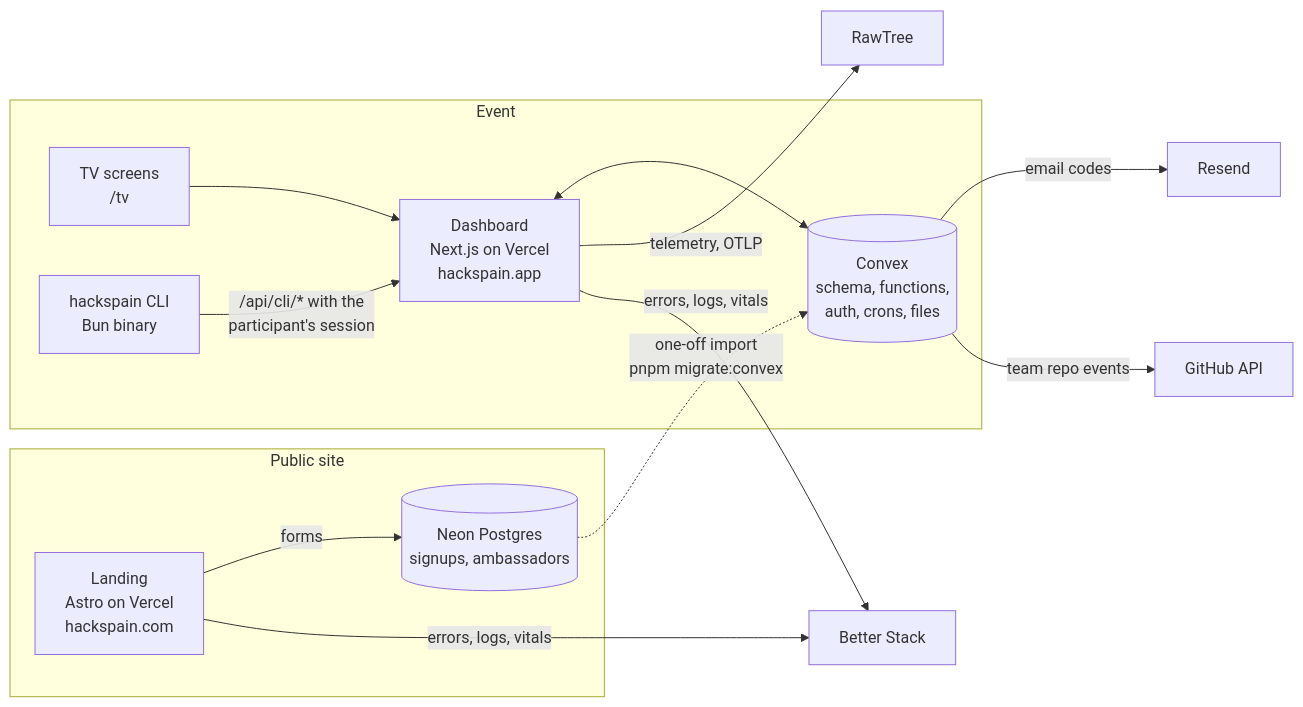
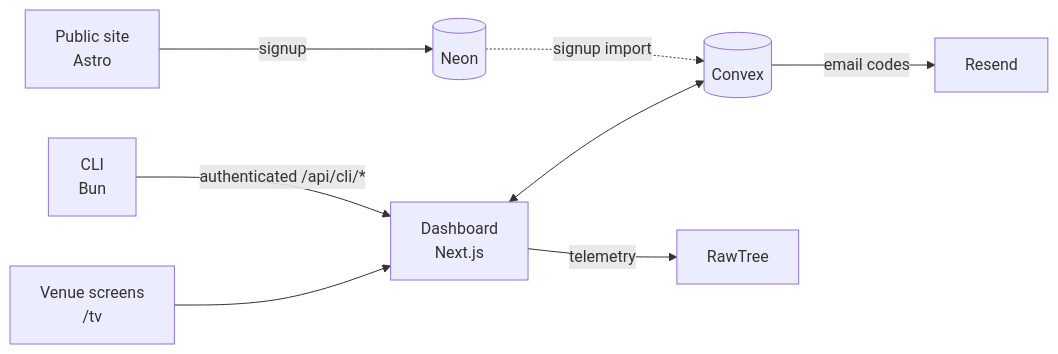
One commit to HackSpain/hackspain26 changed the diagram in README.md. Above: the diagram before and after it, drawn with Mermaid. The commit also changed other lines of this file and 3 other files, not shown here.

````diff
--- a/README.md
+++ b/README.md
@@ -146,22 +56,10 @@
 ```mermaid
 flowchart LR
-  subgraph public["Public site"]
-    L["Landing<br/>Astro on Vercel<br/>hackspain.com"]
-    N[("Neon Postgres<br/>signups, ambassadors")]
-  end
-  subgraph event["Event"]
-    D["Dashboard<br/>Next.js on Vercel<br/>hackspain.app"]
-    C[("Convex<br/>schema, functions,<br/>auth, crons, files")]
-    T["TV screens<br/>/tv"]
-    CLI["hackspain CLI<br/>Bun binary"]
-  end
-  L -->|forms| N
-  N -.->|one-off import<br/>pnpm migrate:convex| C
-  D <--> C
-  T --> D
-  CLI -->|"/api/cli/* with the<br/>participant's session"| D
-  C -->|email codes| R["Resend"]
-  C -->|team repo events| G["GitHub API"]
-  D -->|telemetry, OTLP| RT["RawTree"]
-  L & D -->|errors, logs, vitals| BS["Better Stack"]
+  Landing["Public site<br/>Astro"] -->|signup| Neon[(Neon)]
+  Neon -.->|signup import| Convex[(Convex)]
+  Dashboard["Dashboard<br/>Next.js"] <--> Convex
+  CLI["CLI<br/>Bun"] -->|"authenticated /api/cli/*"| Dashboard
+  TV["Venue screens<br/>/tv"] --> Dashboard
+  Convex -->|email codes| Resend[Resend]
+  Dashboard -->|telemetry| RawTree[RawTree]
 ```
````
